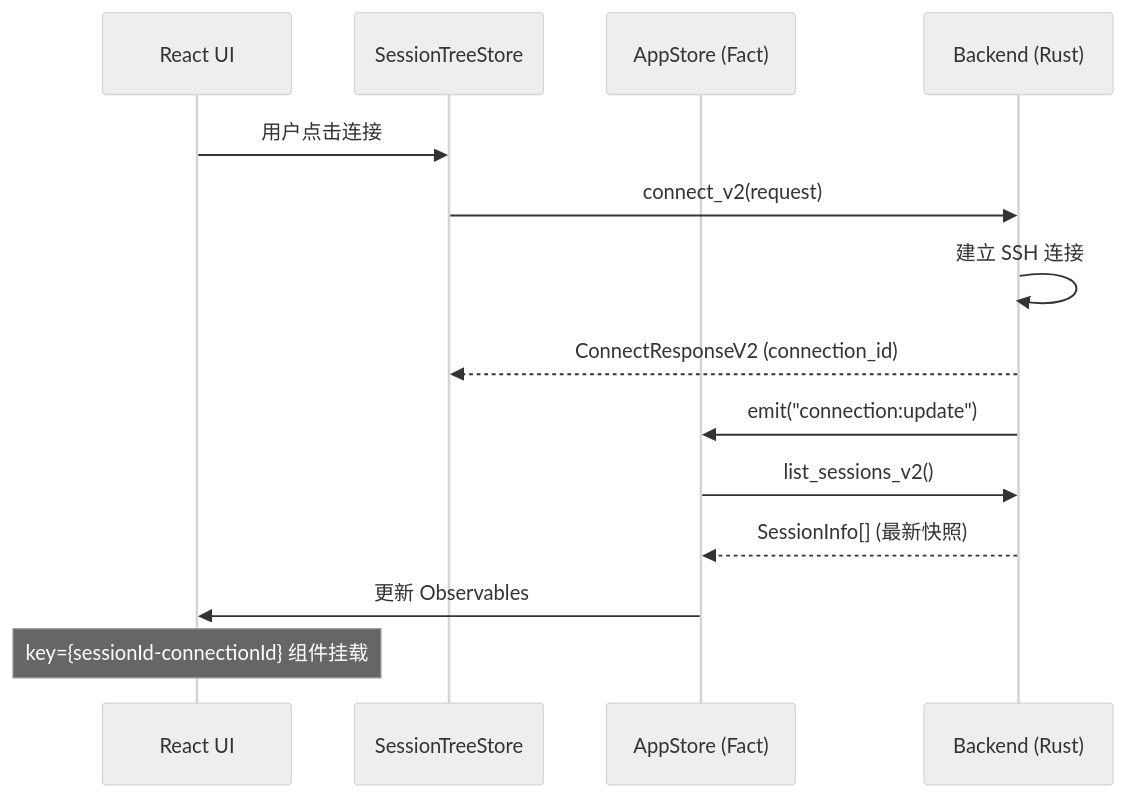
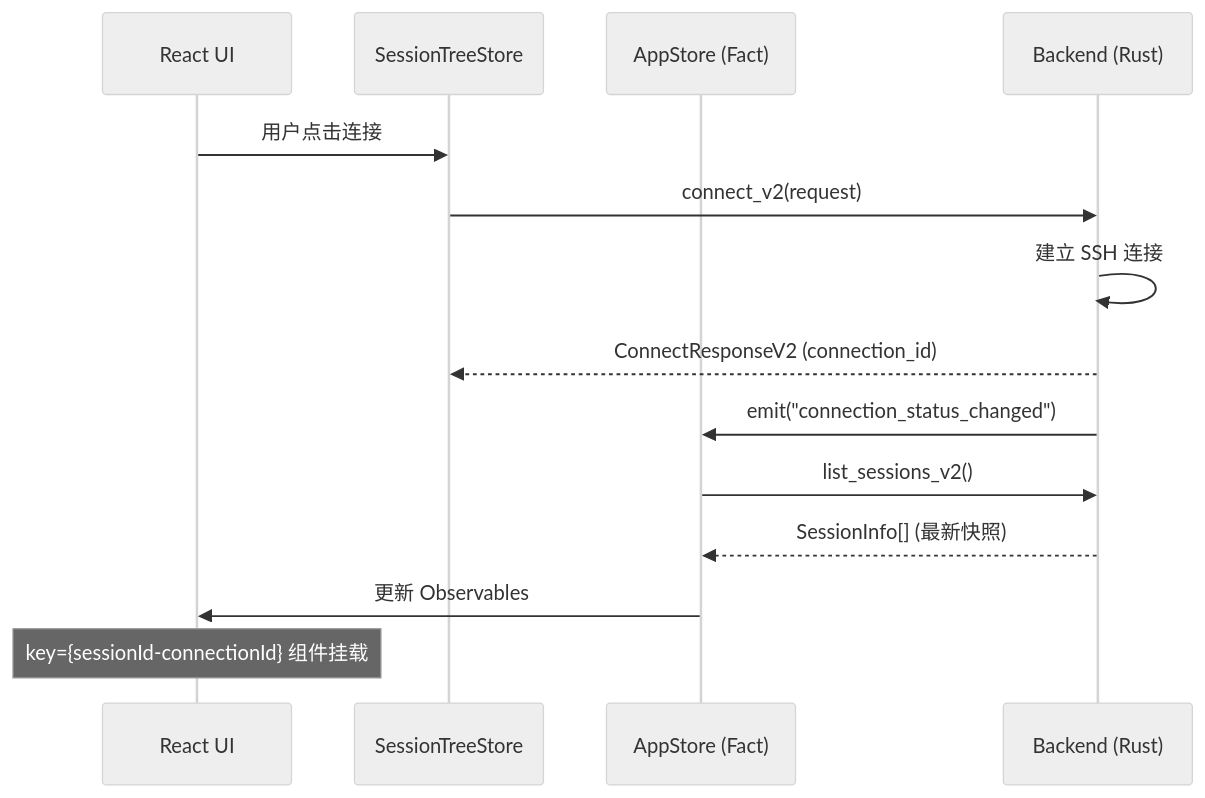
One commit to AnalyseDeCircuit/oxideterm changed the first of 3 diagrams in docs/PROTOCOL.md. Above: the diagram before and after it, drawn with Mermaid (neutral theme). The commit also changed other lines of this file and 21 other files, not shown here.

````diff
--- a/docs/PROTOCOL.md
+++ b/docs/PROTOCOL.md
@@ -942,17 +947,17 @@
 ```mermaid
 sequenceDiagram
     participant UI as React UI
     participant Tree as SessionTreeStore
     participant App as AppStore (Fact)
     participant Back as Backend (Rust)
 
     UI->>Tree: 用户点击连接
     Tree->>Back: connect_v2(request)
     Back->>Back: 建立 SSH 连接
     Back-->>Tree: ConnectResponseV2 (connection_id)
-    Back->>App: emit("connection:update")
+    Back->>App: emit("connection_status_changed")
     App->>Back: list_sessions_v2()
     Back-->>App: SessionInfo[] (最新快照)
     App->>UI: 更新 Observables
     Note over UI: key={sessionId-connectionId} 组件挂载
 ```
````
